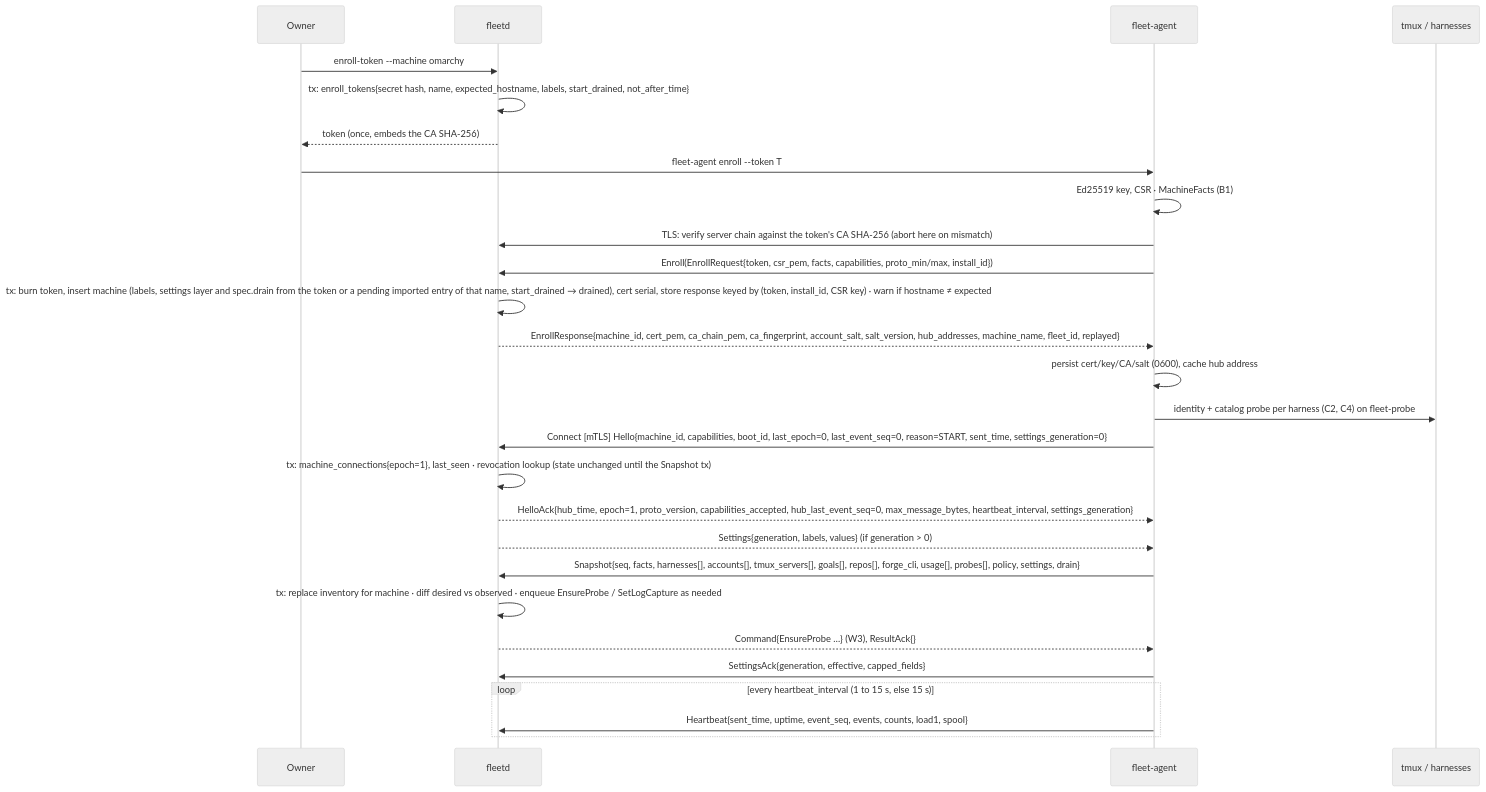
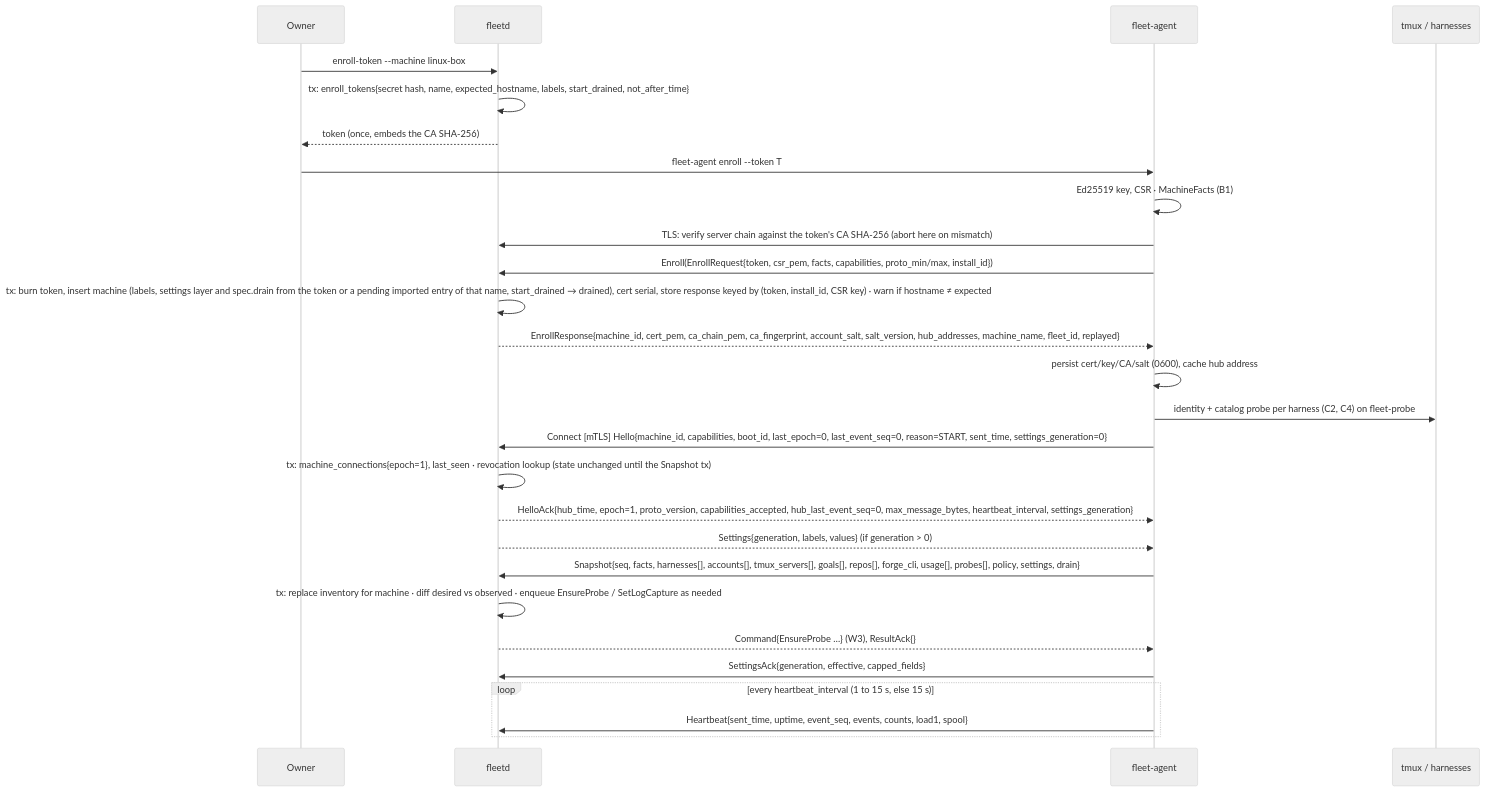
Before and after one commit to linuxdynasty/fleet-board: the first of 2 diagrams in docs/specs/03-workflows.md, drawn with Mermaid (neutral theme). The commit also changed 45 other files, not shown here.

````diff
--- a/docs/specs/03-workflows.md
+++ b/docs/specs/03-workflows.md
@@ -96,29 +96,29 @@
 ```mermaid
 sequenceDiagram
   participant O as Owner
   participant H as fleetd
   participant A as fleet-agent
   participant T as tmux / harnesses
-  O->>H: enroll-token --machine omarchy
+  O->>H: enroll-token --machine linux-box
   H->>H: tx: enroll_tokens{secret hash, name, expected_hostname, labels, start_drained, not_after_time}
   H-->>O: token (once, embeds the CA SHA-256)
   O->>A: fleet-agent enroll --token T
   A->>A: Ed25519 key, CSR · MachineFacts (B1)
   A->>H: TLS: verify server chain against the token's CA SHA-256 (abort here on mismatch)
   A->>H: Enroll(EnrollRequest{token, csr_pem, facts, capabilities, proto_min/max, install_id})
   H->>H: tx: burn token, insert machine (labels, settings layer and spec.drain from the token or a pending imported entry of that name, start_drained → drained), cert serial, store response keyed by (token, install_id, CSR key) · warn if hostname ≠ expected
   H-->>A: EnrollResponse{machine_id, cert_pem, ca_chain_pem, ca_fingerprint, account_salt, salt_version, hub_addresses, machine_name, fleet_id, replayed}
   A->>A: persist cert/key/CA/salt (0600), cache hub address
   A->>T: identity + catalog probe per harness (C2, C4) on fleet-probe
   A->>H: Connect [mTLS] Hello{machine_id, capabilities, boot_id, last_epoch=0, last_event_seq=0, reason=START, sent_time, settings_generation=0}
   H->>H: tx: machine_connections{epoch=1}, last_seen · revocation lookup (state unchanged until the Snapshot tx)
   H-->>A: HelloAck{hub_time, epoch=1, proto_version, capabilities_accepted, hub_last_event_seq=0, max_message_bytes, heartbeat_interval, settings_generation}
   H-->>A: Settings{generation, labels, values} (if generation > 0)
   A->>H: Snapshot{seq, facts, harnesses[], accounts[], tmux_servers[], goals[], repos[], forge_cli, usage[], probes[], policy, settings, drain}
   H->>H: tx: replace inventory for machine · diff desired vs observed · enqueue EnsureProbe / SetLogCapture as needed
   H-->>A: Command{EnsureProbe …} (W3), ResultAck{}
   A->>H: SettingsAck{generation, effective, capped_fields}
   loop every heartbeat_interval (1 to 15 s, else 15 s)
     A->>H: Heartbeat{sent_time, uptime, event_seq, events, counts, load1, spool}
   end
 ```
````
